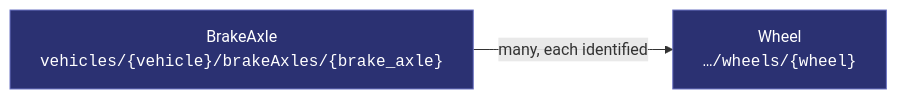
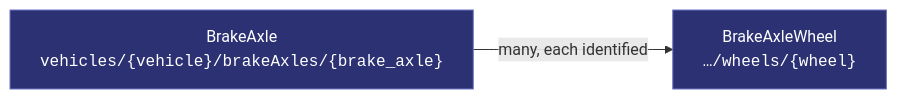
One commit to oh-tarnished/coversa-protobuf changed the first of 5 diagrams in protobuf/covesa/vss/motion/brake_axle_wheel/README.md. Above: the diagram before and after it, drawn with Mermaid. The commit also changed other lines of this file and 40 other files, not shown here.

First line of the commit message:
feat: Introduce BrakeAxleWheel and ChassisAxleWheel schemas

````diff
--- a/protobuf/covesa/vss/motion/brake_axle_wheel/README.md
+++ b/protobuf/covesa/vss/motion/brake_axle_wheel/README.md
@@ -18,11 +18,11 @@
 ```mermaid
 flowchart LR
   P["BrakeAxle<br/><code>vehicles/{vehicle}/brakeAxles/{brake_axle}</code>"]
-  R["Wheel<br/><code>…/wheels/{wheel}</code>"]
+  R["BrakeAxleWheel<br/><code>…/wheels/{wheel}</code>"]
 
   P -->|"many, each identified"| R
 
   classDef res fill:#2B3172,stroke:#6C74C4,color:#fff;
   classDef emb fill:#1d2440,stroke:#4a5178,color:#cfd4ea;
   class R,P res;
 ```
````
